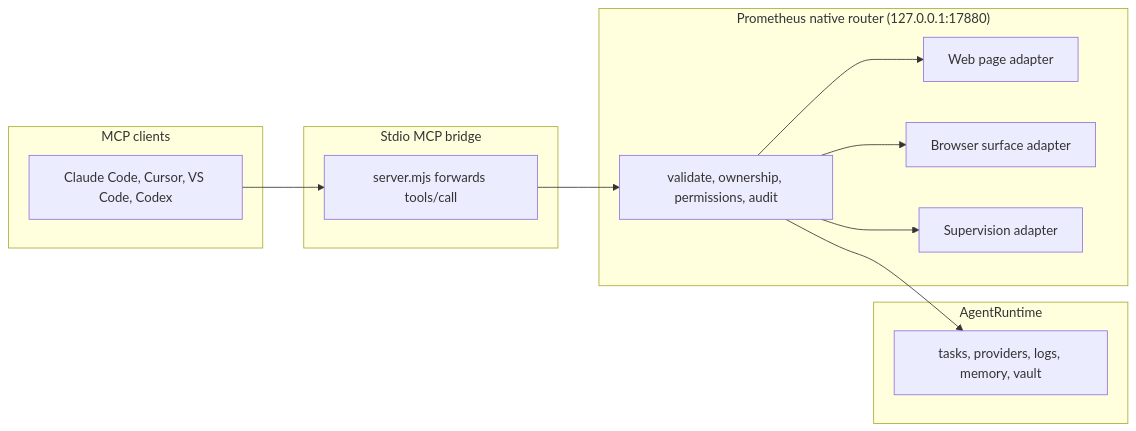
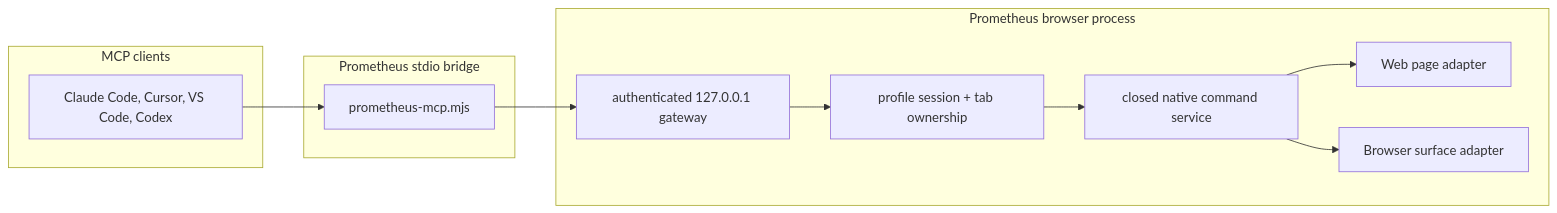
Before and after one commit to fullselfbrowsing/Prometheus: the diagram in README.md, drawn with Mermaid. The commit also changed other lines of this file and 23 other files, not shown here.

Commit message:
docs(19-07): verify MCP bridge compatibility

````diff
--- a/README.md
+++ b/README.md
@@ -93,25 +95,23 @@
 ```mermaid
 graph LR
     subgraph Clients["MCP clients"]
         CC["Claude Code, Cursor, VS Code, Codex"]
     end
-    subgraph Bridge["Stdio MCP bridge"]
-        MJS["server.mjs forwards tools/call"]
+    subgraph Bridge["Prometheus stdio bridge"]
+        MJS["prometheus-mcp.mjs"]
     end
-    subgraph Native["Prometheus native router (127.0.0.1:17880)"]
-        ROUTER["validate, ownership, permissions, audit"]
+    subgraph Native["Prometheus browser process"]
+        GATE["authenticated 127.0.0.1 gateway"]
+        SESS["profile session + tab ownership"]
+        ROUTER["closed native command service"]
         WEB["Web page adapter"]
         INT["Browser surface adapter"]
-        SUP["Supervision adapter"]
-    end
-    subgraph Runtime["AgentRuntime"]
-        STATE["tasks, providers, logs, memory, vault"]
     end
 
     CC --> MJS
-    MJS --> ROUTER
+    MJS --> GATE
+    GATE --> SESS
+    SESS --> ROUTER
     ROUTER --> WEB
     ROUTER --> INT
-    ROUTER --> SUP
-    ROUTER --> STATE
 ```
````
